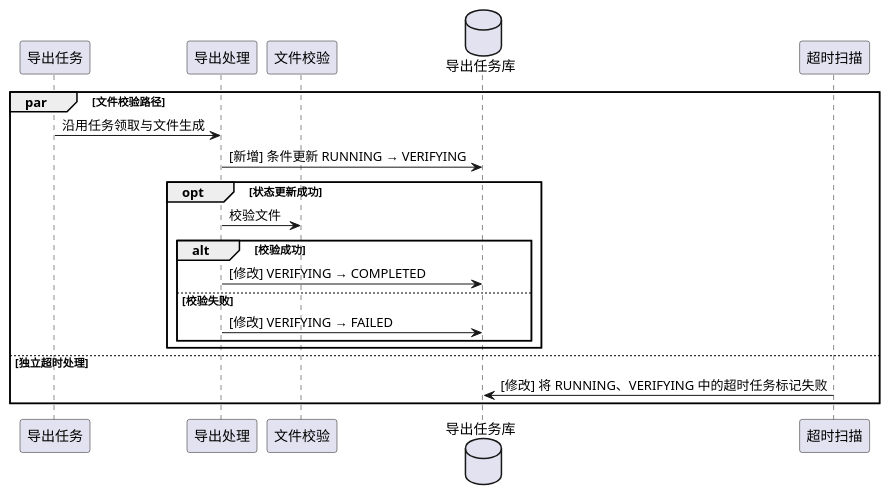
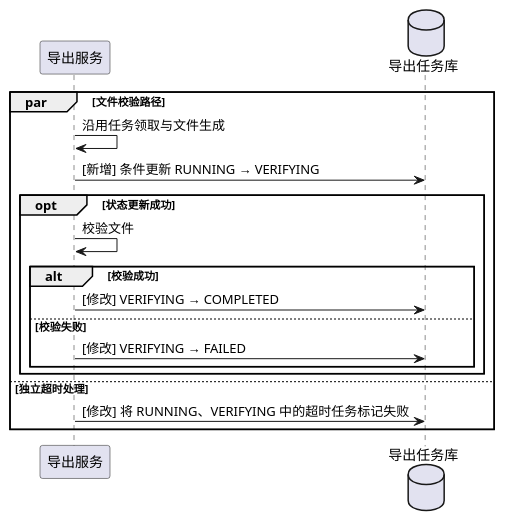
The diagram in keel-plan/skills/keel-plan/assets/incremental-example.features/mark-verifying.md (Leeycw96/harness-project), drawn with PlantUML before and after one commit. The commit also changed 5 other files, not shown here.

Commit message:
keel-plan: 按业务模块归并时序图参与方

````diff
--- a/keel-plan/skills/keel-plan/assets/incremental-example.features/mark-verifying.md
+++ b/keel-plan/skills/keel-plan/assets/incremental-example.features/mark-verifying.md
@@ -15,23 +15,20 @@
 ```plantuml
 @startuml
-participant 导出任务 as Job
-participant 导出处理 as Service
-participant 文件校验 as Validator
+participant 导出服务 as Service
 database 导出任务库 as DB
-participant 超时扫描 as Timer
 par 文件校验路径
-  Job -> Service : 沿用任务领取与文件生成
+  Service -> Service : 沿用任务领取与文件生成
   Service -> DB : [新增] 条件更新 RUNNING → VERIFYING
   opt 状态更新成功
-    Service -> Validator : 校验文件
+    Service -> Service : 校验文件
     alt 校验成功
       Service -> DB : [修改] VERIFYING → COMPLETED
     else 校验失败
       Service -> DB : [修改] VERIFYING → FAILED
     end
   end
 else 独立超时处理
-  Timer -> DB : [修改] 将 RUNNING、VERIFYING 中的超时任务标记失败
+  Service -> DB : [修改] 将 RUNNING、VERIFYING 中的超时任务标记失败
 end
 @enduml
 ```
````
